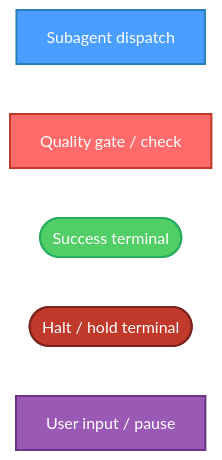
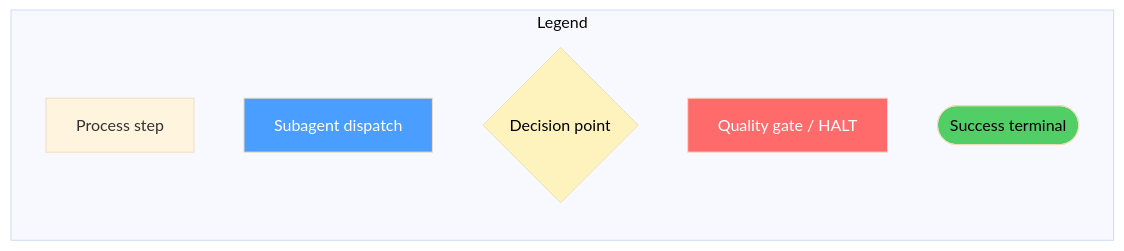
Before and after one commit to axiomantic/spellbook: the fourth of 4 diagrams in docs/commands/feature-design.md, drawn with Mermaid (base theme). The commit also changed other lines of this file and 27 other files, not shown here.

````diff
--- a/docs/commands/feature-design.md
+++ b/docs/commands/feature-design.md
@@ -151,20 +138,14 @@
 ```mermaid
 flowchart LR
-    classDef subagentNode fill:#4a9eff,color:#fff,stroke:#2980b9,stroke-width:2px
-    classDef gateNode fill:#ff6b6b,color:#fff,stroke:#c0392b,stroke-width:2px
-    classDef successNode fill:#51cf66,color:#fff,stroke:#27ae60,stroke-width:2px
-    classDef haltNode fill:#c0392b,color:#fff,stroke:#7b241c,stroke-width:2px
-    classDef userInputNode fill:#9b59b6,color:#fff,stroke:#6c3483,stroke-width:2px
-
-    SA["Subagent dispatch"]
-    QG["Quality gate / check"]
-    ST(["Success terminal"])
-    HT(["Halt / hold terminal"])
-    UI["User input / pause"]
-
-    class SA subagentNode
-    class QG gateNode
-    class ST successNode
-    class HT haltNode
-    class UI userInputNode
+    subgraph Legend
+        L1[Process step]
+        L2["Subagent dispatch"]:::subagent
+        L3{"Decision point"}:::decision
+        L4["Quality gate / HALT"]:::gate
+        L5(["Success terminal"]):::success
+    end
+    classDef subagent fill:#4a9eff,color:#fff
+    classDef gate fill:#ff6b6b,color:#fff
+    classDef success fill:#51cf66,color:#000
+    classDef decision fill:#fff3bd,color:#000
 ```
````
